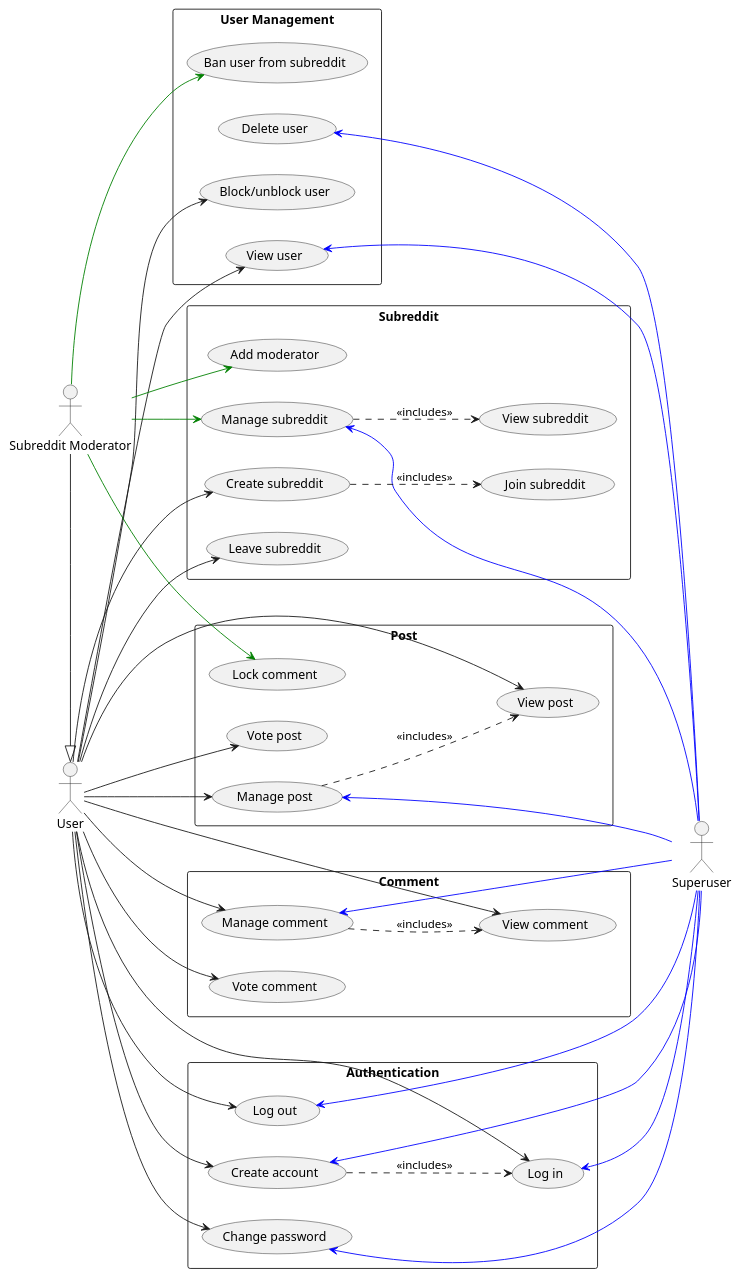
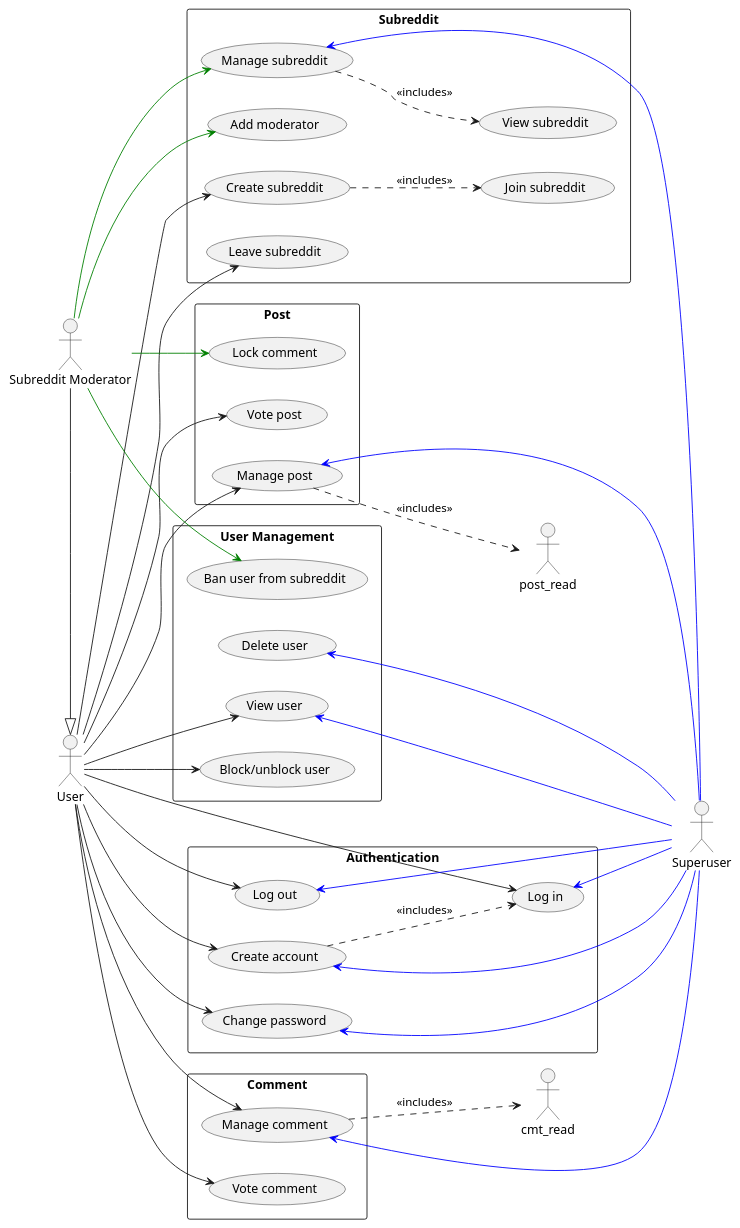
Before and after one commit to Huy-Ngo/reddit-design: the diagram in use_case.puml, drawn with PlantUML. The commit also changed 5 other files, not shown here.

```diff
--- a/use_case.puml
+++ b/use_case.puml
@@ -1,92 +1,88 @@
 @startuml
 skinparam packageStyle rectangle
 left to right direction
 actor "User" as user
 actor "Subreddit Moderator" as mod
 actor "Superuser" as su
 mod -|> user
 
 rectangle Post as post {
   usecase "Manage post" as post_manage
-  usecase "View post" as post_read
 
   usecase "Vote post" as post_vote
   usecase "Lock comment" as post_lock
 }
 
 rectangle Comment as cmt {
   usecase "Manage comment" as cmt_manage
-  usecase "View comment" as cmt_read
 
   usecase "Vote comment" as cmt_vote
 }
 
 rectangle Subreddit as sub {
   usecase "Create subreddit" as sub_create
   usecase "View subreddit" as sub_read
   usecase "Manage subreddit" as sub_manage
   usecase "Add moderator" as sub_add_mod
 
   usecase "Join subreddit" as sub_join
   usecase "Leave subreddit" as sub_leave
 }
 
 rectangle "User Management" as user_mng {
   usecase "View user" as user_read
   usecase "Delete user" as user_delete
   usecase "Block/unblock user" as user_block
   usecase "Ban user from subreddit" as user_ban
 }
 
 rectangle "Authentication" as auth {
   usecase "Create account" as acc_create
   usecase "Log in" as login
   usecase "Log out" as logout
   usecase "Change password" as pwd_change
 }
 
 user --> acc_create
 user --> login
 user --> logout
 user --> pwd_change
 
 user --> post_manage
-user --> post_read
 
 user --> post_vote
 
 user --> cmt_manage
-user --> cmt_read
 
 user --> cmt_vote
 
 user --> sub_create
 user --> sub_leave
 
 user --> user_block
 user --> user_read
 
 mod -[#green]-> sub_manage
 mod -[#green]-> sub_add_mod
 mod -[#green]-> user_ban
 mod -[#green]-> post_lock
 
 post_manage   <-[#blue]- su
 cmt_manage    <-[#blue]- su
 sub_manage    <-[#blue]- su
 user_read   <-[#blue]- su
 user_delete <-[#blue]- su
 
 acc_create  <-[#blue]- su
 login       <-[#blue]- su
 logout      <-[#blue]- su
 pwd_change  <-[#blue]- su
 
 acc_create ..> login : <<includes>>
 
 post_manage ..> post_read : <<includes>>
 cmt_manage ..> cmt_read : <<includes>>
 sub_create ..> sub_join : <<includes>>
 sub_manage ..> sub_read : <<includes>>
 
 @enduml
```
